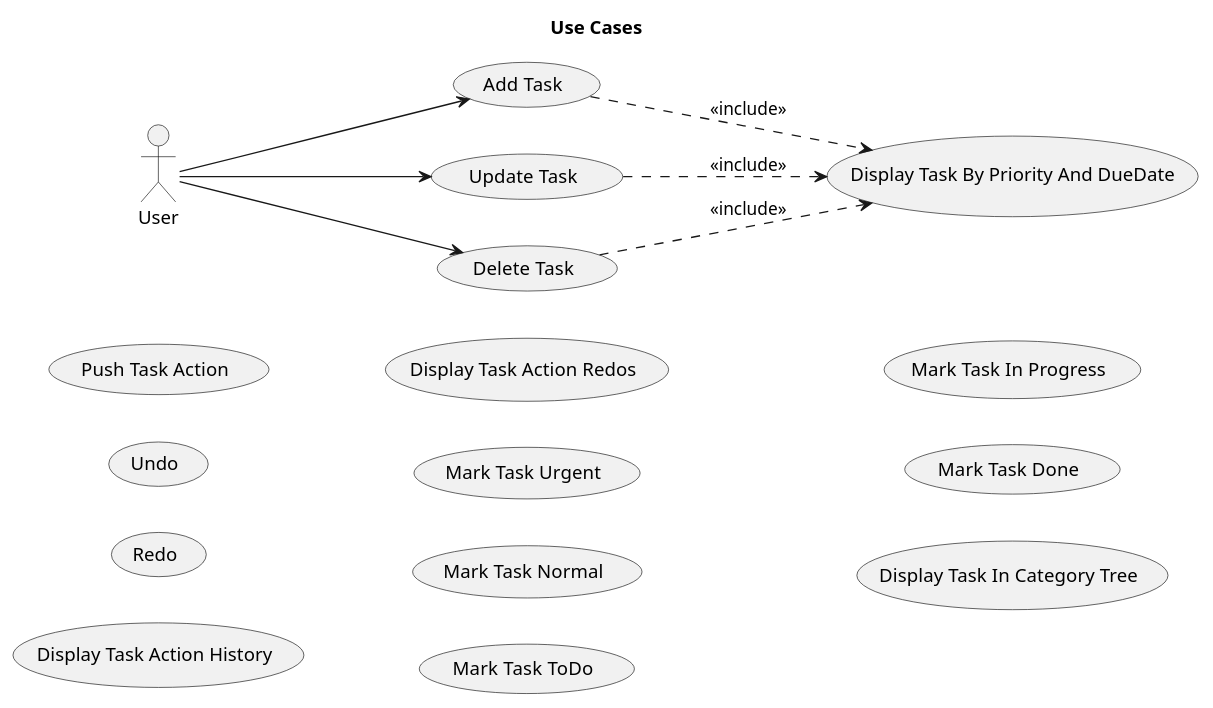
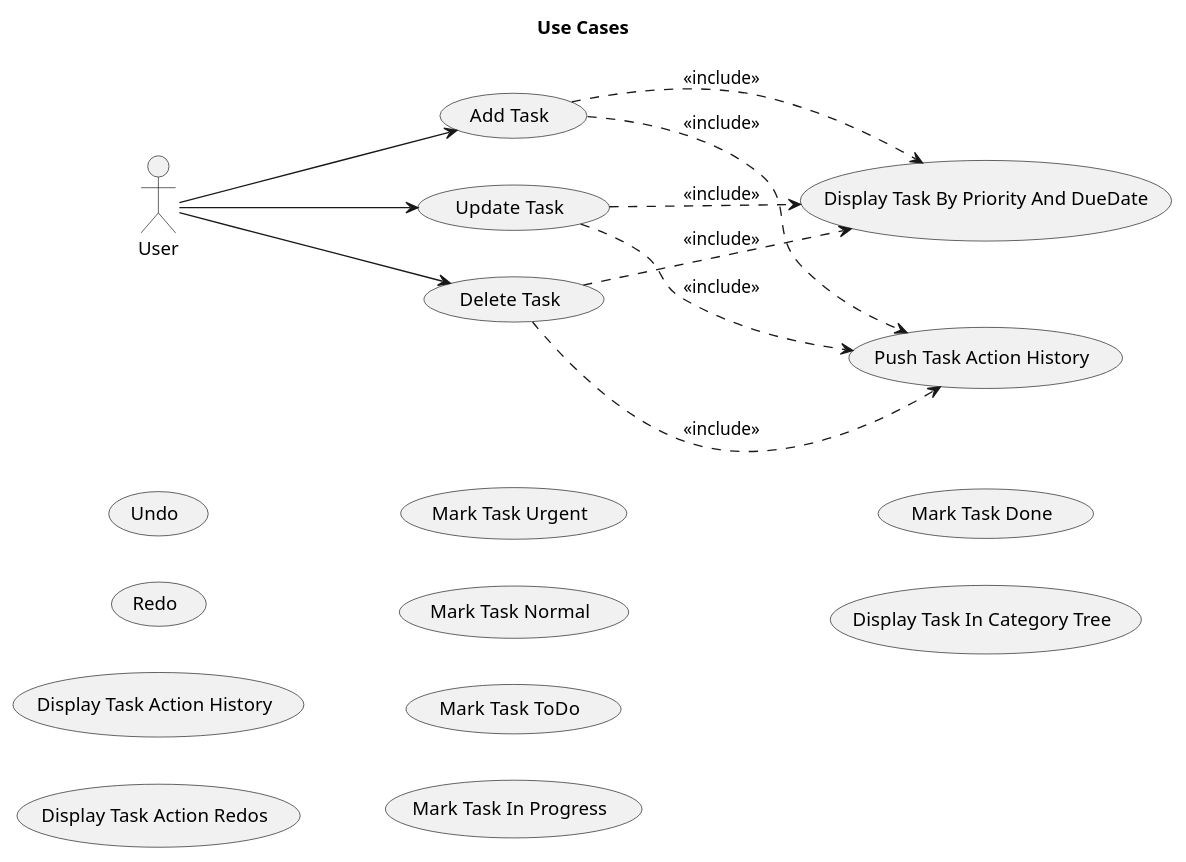
Before and after one commit to franpaulinoinfante/TaskManagement: the diagram in Docs/UseCases/UseCases.plantuml, drawn with PlantUML. The commit also changed 1 other file, not shown here.

Commit message:
Push Task Action History Use Case Specification

```diff
--- a/Docs/UseCases/UseCases.plantuml
+++ b/Docs/UseCases/UseCases.plantuml
@@ -1,33 +1,36 @@
 @startuml UseCases
     left to right direction
     title Use Cases
 
 actor User
 
 usecase "Add Task" as UC101
 usecase "Update Task" as UC102
 usecase "Delete Task" as UC103
 usecase "Display Task By Priority And DueDate" as UC104
 
-usecase "Push Task Action" as UC201
+usecase "Push Task Action History" as UC201
 usecase "Undo" as UC202
 usecase "Redo" as UC203
 usecase "Display Task Action History" as UC204
 usecase "Display Task Action Redos" as UC205
 
 usecase "Mark Task Urgent" as UC301
 usecase "Mark Task Normal" as UC302
 
 usecase "Mark Task ToDo" as UC402
 usecase "Mark Task In Progress" as UC403
 usecase "Mark Task Done" as UC404
 
 usecase "Display Task In Category Tree" as UC501
 
 User --> UC101
     UC101 ..> UC104 : <<include>>
+    UC101 ..> UC201 : <<include>>
 User --> UC102
     UC102 ..> UC104 : <<include>>
+    UC102 ..> UC201 : <<include>>
 User --> UC103
     UC103 ..> UC104 : <<include>>
+    UC103 ..> UC201 : <<include>>
 @enduml
```
